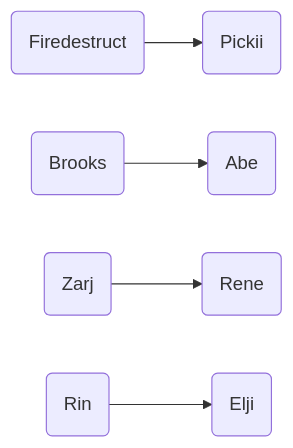
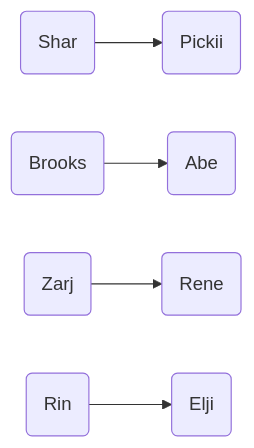
The first of 11 diagrams in wepulled/swp/README.md (leemWF/READMEVault), drawn with Mermaid before and after one commit. The commit also changed other lines of this file, not shown here.

````diff
--- a/wepulled/swp/README.md
+++ b/wepulled/swp/README.md
@@ -5,7 +5,7 @@
 ```mermaid
 flowchart LR
-    C(Firedestruct) --> D(Pickii)
+    C(Shar) --> D(Pickii)
     E(Brooks) --> F(Abe)
     G(Zarj) --> H(Rene)
     A(Rin) --> B(Elji)
 ```
````
